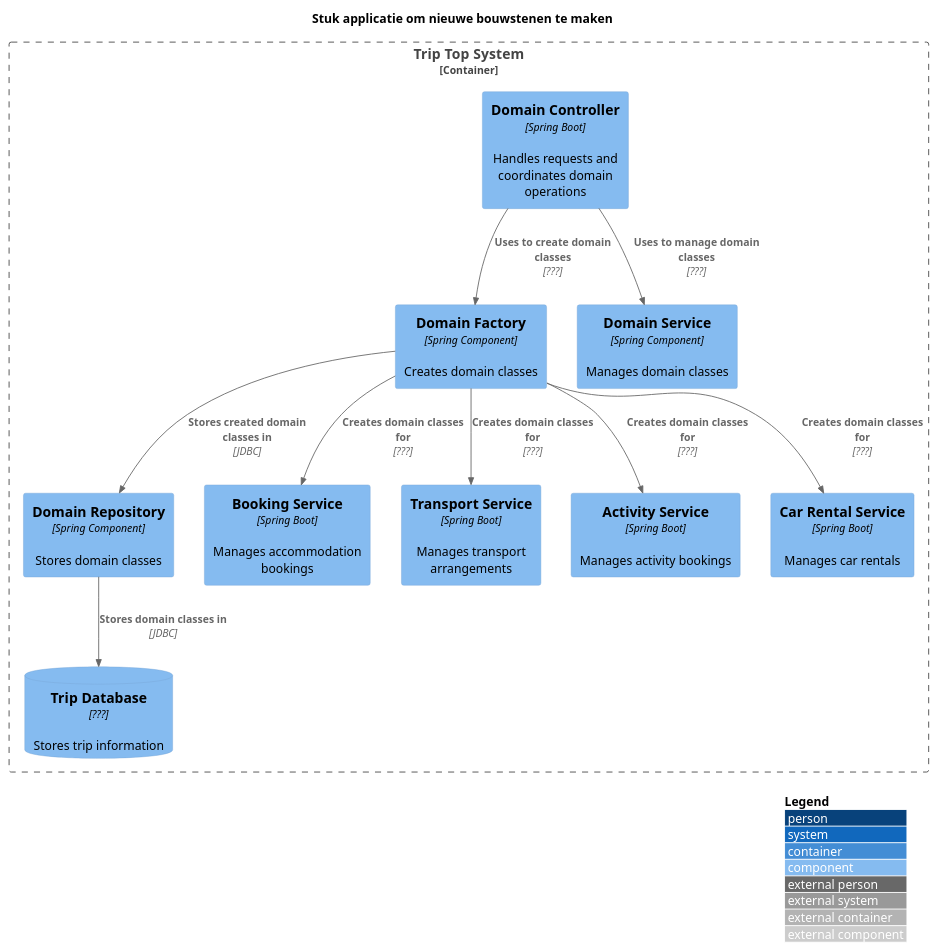
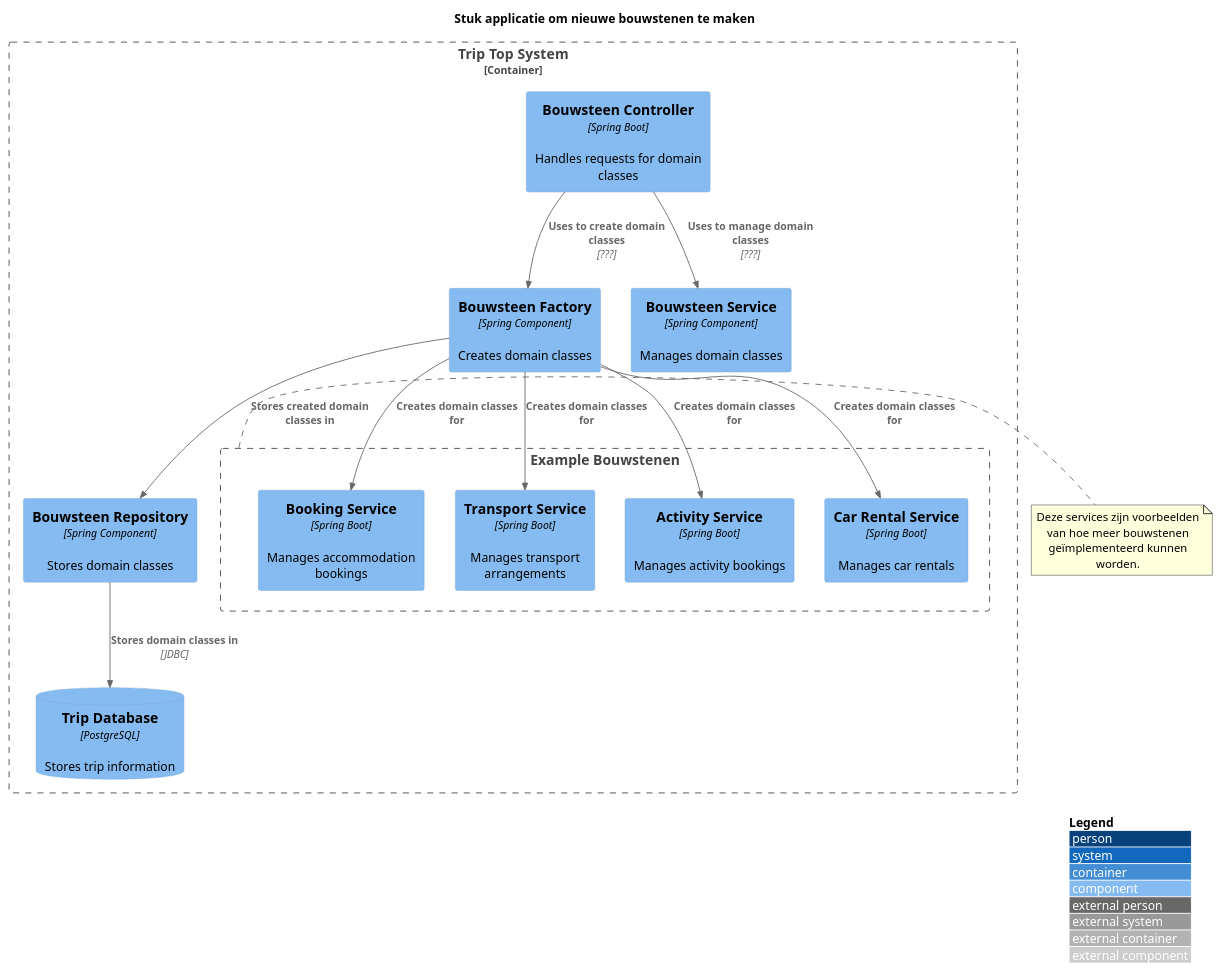
One commit to AIM-ENE-feb25/triptop-sqr-tech changed the diagram in Safa/W2L3V/NieuweVraagStuk/Component Diagram.puml. Above: the diagram before and after it, drawn with PlantUML. The commit also changed 7 other files, not shown here.

Commit message:
Component diagram af

```diff
--- a/Safa/W2L3V/NieuweVraagStuk/Component Diagram.puml
+++ b/Safa/W2L3V/NieuweVraagStuk/Component Diagram.puml
@@ -1,34 +1,41 @@
 @startuml
-
 title Stuk applicatie om nieuwe bouwstenen te maken
 
 !include https://raw.githubusercontent.com/plantuml-stdlib/C4-PlantUML/master/C4_Component.puml
 
 LAYOUT_WITH_LEGEND()
 
 Container_Boundary(tts, "Trip Top System") {
-    Component(factory, "Domain Factory", "Spring Component", "Creates domain classes")
-    Component(repository, "Domain Repository", "Spring Component", "Stores domain classes")
+    Component(factory, "Bouwsteen Factory", "Spring Component", "Creates domain classes")
+    Component(repository, "Bouwsteen Repository", "Spring Component", "Stores domain classes")
 
-    Component(domain_service, Domain Service, "Spring Component", "Manages domain classes")
-    Component(booking_service, "Booking Service", "Spring Boot", "Manages accommodation bookings")
-    Component(transport_service, "Transport Service", "Spring Boot", "Manages transport arrangements")
-    Component(activity_service, "Activity Service", "Spring Boot", "Manages activity bookings")
-    Component(car_rental_service, "Car Rental Service", "Spring Boot", "Manages car rentals")
+    Component(domain_service, "Bouwsteen Service", "Spring Component", "Manages domain classes")
 
-    Component(controller, "Domain Controller", "Spring Boot", "Handles requests and coordinates domain operations")
+    Boundary(bouwstenen, "Example Bouwstenen") {
+        Component(booking_service, "Booking Service", "Spring Boot", "Manages accommodation bookings")
+        Component(transport_service, "Transport Service", "Spring Boot", "Manages transport arrangements")
+        Component(activity_service, "Activity Service", "Spring Boot", "Manages activity bookings")
+        Component(car_rental_service, "Car Rental Service", "Spring Boot", "Manages car rentals")
+    }
 
-    ComponentDb(trip_db, "Trip Database", "???", "Stores trip information")
+    Component(controller, "Bouwsteen Controller", "Spring Boot", "Handles requests for domain classes")
+
+    ComponentDb(trip_db, "Trip Database", "PostgreSQL", "Stores trip information")
 }
 
-Rel(factory, repository, "Stores created domain classes in", "JDBC")
-Rel(factory, booking_service, "Creates domain classes for", "???")
-Rel(factory, transport_service, "Creates domain classes for", "???")
-Rel(factory, activity_service, "Creates domain classes for", "???")
-Rel(factory, car_rental_service, "Creates domain classes for", "???")
+Rel(factory, repository, "Stores created domain classes in")
+Rel(factory, booking_service, "Creates domain classes for")
+Rel(factory, transport_service, "Creates domain classes for")
+Rel(factory, activity_service, "Creates domain classes for")
+Rel(factory, car_rental_service, "Creates domain classes for")
 
 Rel(repository, trip_db, "Stores domain classes in", "JDBC")
 
 Rel(controller, factory, "Uses to create domain classes", "???")
 Rel(controller, domain_service, "Uses to manage domain classes", "???")
+
+note right of bouwstenen
+Deze services zijn voorbeelden van hoe meer bouwstenen geïmplementeerd kunnen worden.
+end note
+
 @enduml
```
